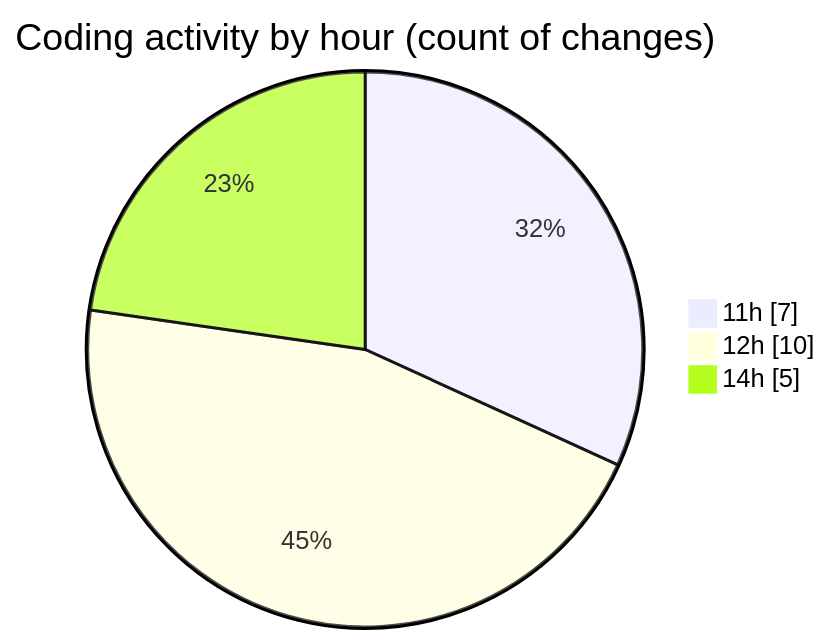
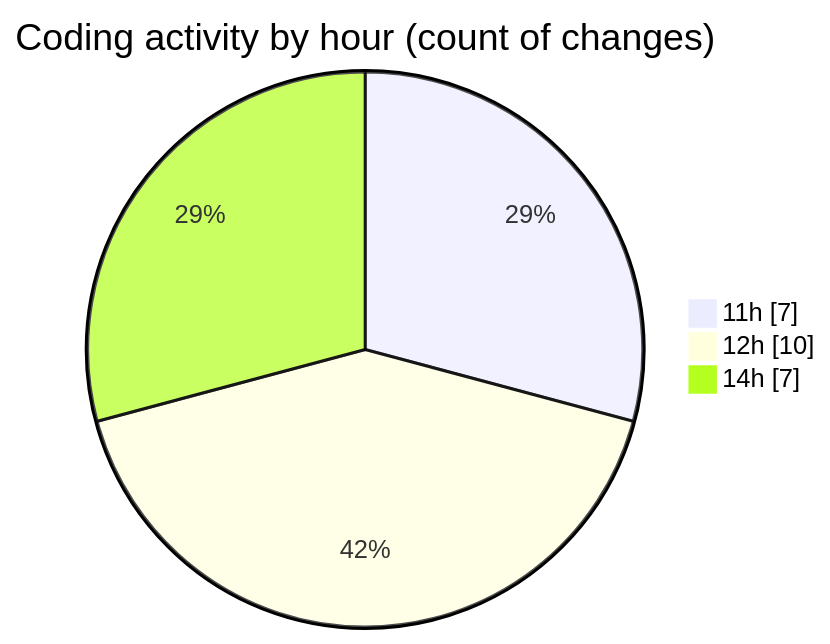
One commit to ricardozamudiocil/code-tracking changed the second of 2 diagrams in 2026-04-09/cilapp/README.md. Above: the diagram before and after it, drawn with Mermaid. The commit also changed other lines of this file and 1 other file, not shown here.

````diff
--- a/2026-04-09/cilapp/README.md
+++ b/2026-04-09/cilapp/README.md
@@ -33,7 +34,7 @@
 ```mermaid
 pie showData
 title Coding activity by hour (count of changes)
 "11h" : 7
 "12h" : 10
-"14h" : 5
+"14h" : 7
 ```
````
